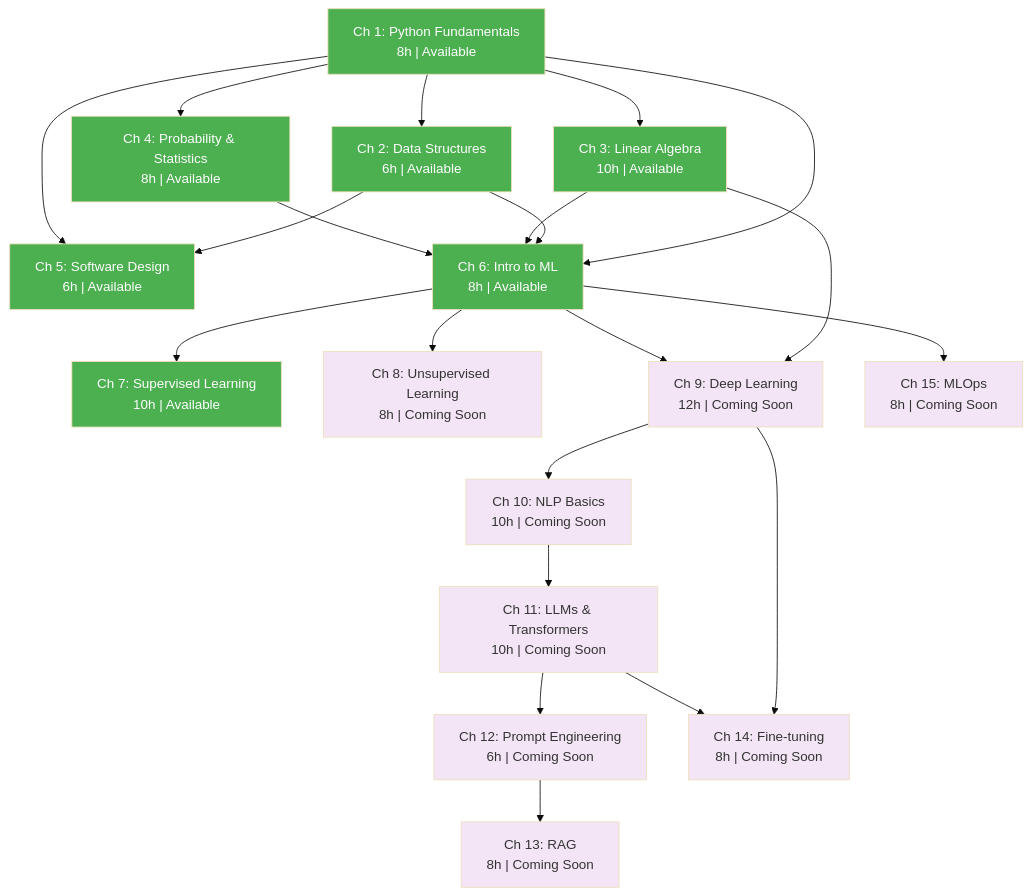
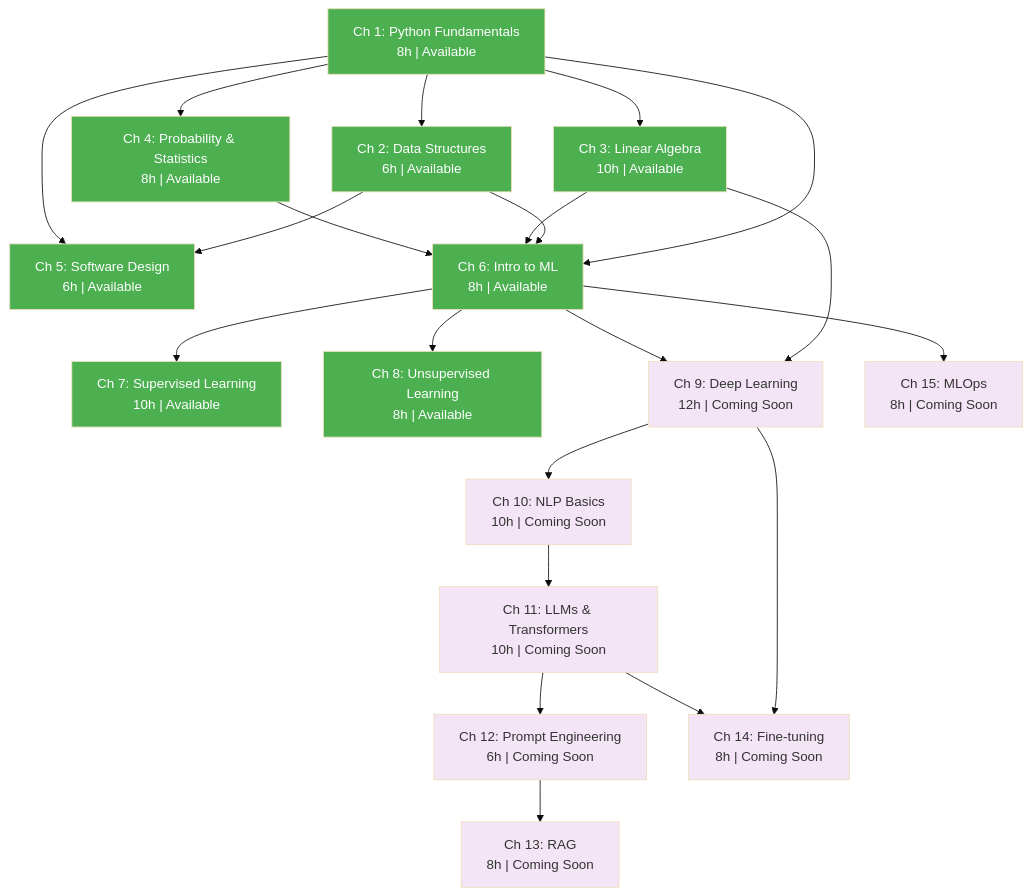
Before and after one commit to luigipascal/berta-chapters: the diagram in SYLLABUS.md, drawn with Mermaid (base theme). The commit also changed other lines of this file and 29 other files, not shown here.

First line of the commit message:
Add Chapter 8: Unsupervised Learning with full content

````diff
--- a/SYLLABUS.md
+++ b/SYLLABUS.md
@@ -9,59 +9,59 @@
 ```mermaid
 graph TD
     CH1["Ch 1: Python Fundamentals<br/>8h | Available"]
     CH2["Ch 2: Data Structures<br/>6h | Available"]
     CH3["Ch 3: Linear Algebra<br/>10h | Available"]
     CH4["Ch 4: Probability & Statistics<br/>8h | Available"]
     CH5["Ch 5: Software Design<br/>6h | Available"]
 
     CH6["Ch 6: Intro to ML<br/>8h | Available"]
     CH7["Ch 7: Supervised Learning<br/>10h | Available"]
-    CH8["Ch 8: Unsupervised Learning<br/>8h | Coming Soon"]
+    CH8["Ch 8: Unsupervised Learning<br/>8h | Available"]
     CH9["Ch 9: Deep Learning<br/>12h | Coming Soon"]
     CH10["Ch 10: NLP Basics<br/>10h | Coming Soon"]
     CH11["Ch 11: LLMs & Transformers<br/>10h | Coming Soon"]
     CH12["Ch 12: Prompt Engineering<br/>6h | Coming Soon"]
     CH13["Ch 13: RAG<br/>8h | Coming Soon"]
     CH14["Ch 14: Fine-tuning<br/>8h | Coming Soon"]
     CH15["Ch 15: MLOps<br/>8h | Coming Soon"]
 
     CH1 --> CH2
     CH1 --> CH3
     CH1 --> CH4
     CH2 --> CH5
     CH1 --> CH5
 
     CH1 --> CH6
     CH2 --> CH6
     CH3 --> CH6
     CH4 --> CH6
 
     CH6 --> CH7
     CH6 --> CH8
     CH3 --> CH9
     CH6 --> CH9
 
     CH9 --> CH10
     CH10 --> CH11
     CH11 --> CH12
     CH12 --> CH13
     CH9 --> CH14
     CH11 --> CH14
     CH6 --> CH15
 
     style CH1 fill:#4caf50,color:#fff
     style CH2 fill:#4caf50,color:#fff
     style CH3 fill:#4caf50,color:#fff
     style CH4 fill:#4caf50,color:#fff
     style CH5 fill:#4caf50,color:#fff
     style CH6 fill:#4caf50,color:#fff
     style CH7 fill:#4caf50,color:#fff
-    style CH8 fill:#f3e5f5
+    style CH8 fill:#4caf50,color:#fff
     style CH9 fill:#f3e5f5
     style CH10 fill:#f3e5f5
     style CH11 fill:#f3e5f5
     style CH12 fill:#f3e5f5
     style CH13 fill:#f3e5f5
     style CH14 fill:#f3e5f5
     style CH15 fill:#f3e5f5
 ```
````
